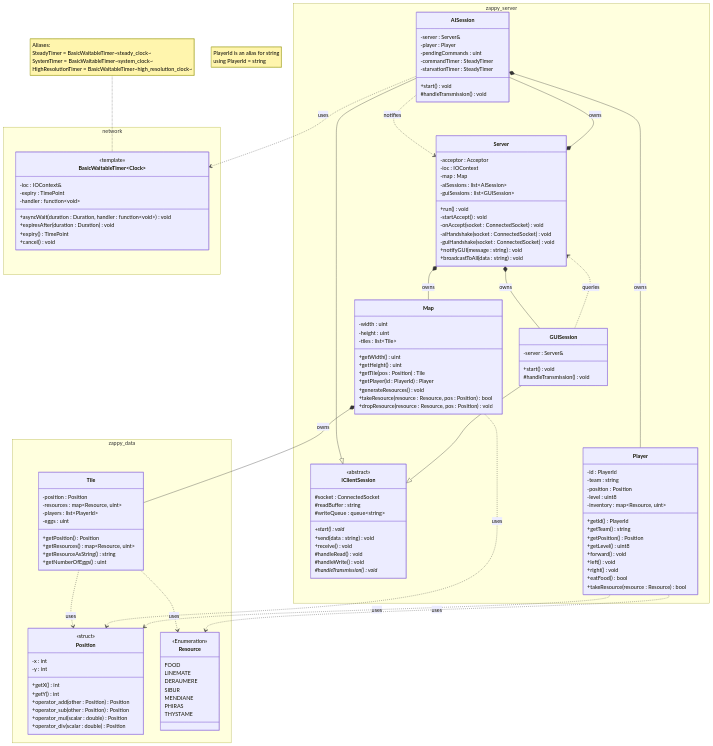
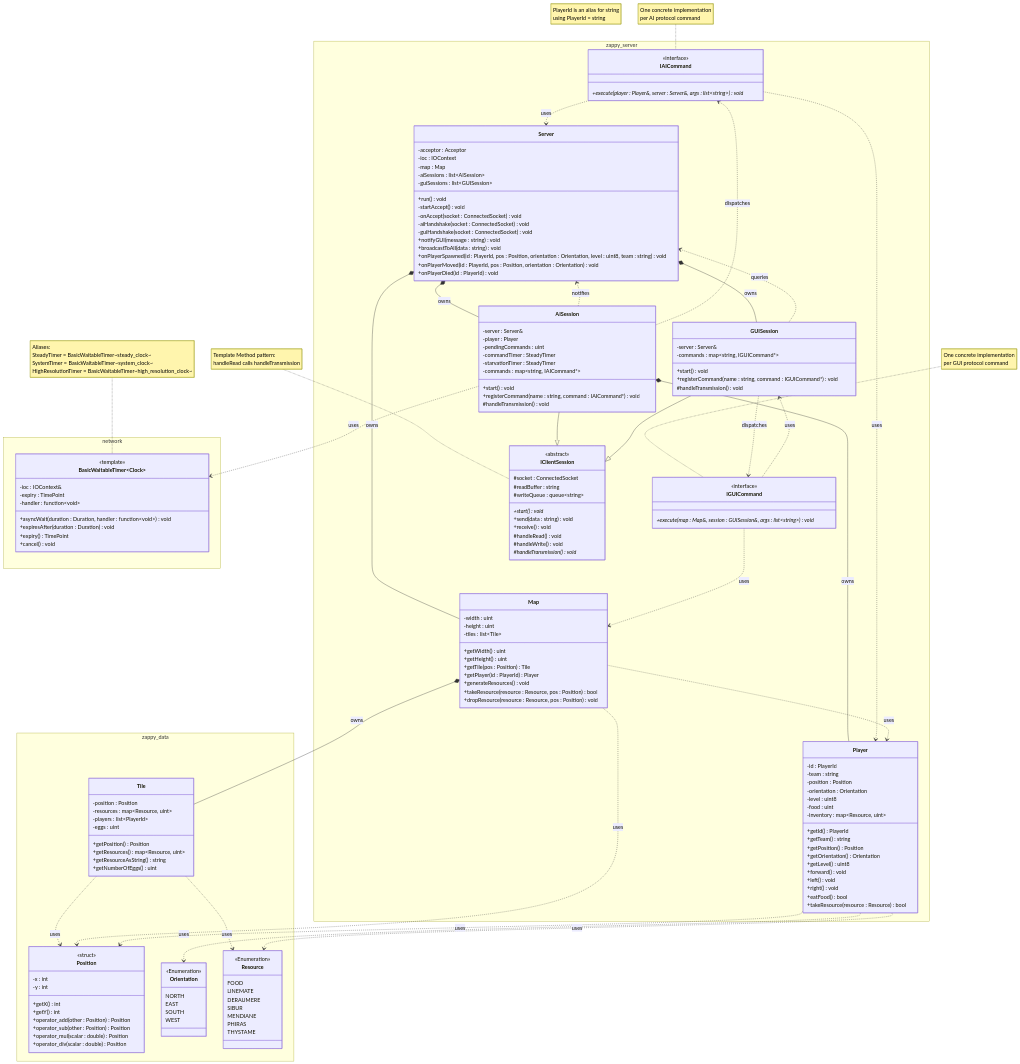
The diagram in docs/server_class_diagram.md (janumaruku/zappy), drawn with Mermaid before and after one commit.

Commit message:
doc(server): ZAP-6 #comment Update server class diagram to include command pipeline

````diff
--- a/docs/server_class_diagram.md
+++ b/docs/server_class_diagram.md
@@ -1,151 +1,193 @@
 ```mermaid
 classDiagram
-namespace zappy_data {
-  class Position {
-    <<struct>>
-    -x : int
-    -y : int
-    +getX() int
-    +getY() int
-    +operator_add(other : Position) Position
-    +operator_sub(other : Position) Position
-    +operator_mul(scalar : double) Position
-    +operator_div(scalar : double) Position
-  }
+    namespace zappy_data {
+        class Position {
+            <<struct>>
+            -x : int
+            -y : int
+            +getX() int
+            +getY() int
+            +operator_add(other : Position) Position
+            +operator_sub(other : Position) Position
+            +operator_mul(scalar : double) Position
+            +operator_div(scalar : double) Position
+        }
 
-  class Resource {
-    <<Enumeration>>
-    FOOD
-    LINEMATE
-    DERAUMERE
-    SIBUR
-    MENDIANE
-    PHIRAS
-    THYSTAME
-  }
+        class Orientation {
+            <<Enumeration>>
+            NORTH
+            EAST
+            SOUTH
+            WEST
+        }
 
-  class Tile {
-    -position : Position
-    -resources : map~Resource, uint~
-    -players : list~PlayerId~
-    -eggs : uint
-    +getPosition() Position
-    +getResources() map~Resource, uint~
-    +getResourceAsString() string
-    +getNumberOfEggs() uint
-  }
-}
+        class Resource {
+            <<Enumeration>>
+            FOOD
+            LINEMATE
+            DERAUMERE
+            SIBUR
+            MENDIANE
+            PHIRAS
+            THYSTAME
+        }
 
-namespace network {
-  class BasicWaitableTimer~Clock~ {
-    <<template>>
-    -ioc : IOContext&
-    -expiry : TimePoint
-    -handler : function~void~
-    +asyncWait(duration : Duration, handler : function~void~) void
-    +expiresAfter(duration : Duration) void
-    +expiry() TimePoint
-    +cancel() void
-  }
-}
+        class Tile {
+            -position : Position
+            -resources : map~Resource, uint~
+            -players : list~PlayerId~
+            -eggs : uint
+            +getPosition() Position
+            +getResources() map~Resource, uint~
+            +getResourceAsString() string
+            +getNumberOfEggs() uint
+        }
+    }
 
-namespace zappy_server {
-  class IClientSession {
-    <<abstract>>
-    #socket : ConnectedSocket
-    #readBuffer : string
-    #writeQueue : queue~string~
-    +start() void*
-    +send(data : string) void
-    +receive() void
-    #handleRead() void
-    #handleWrite() void
-    #handleTransmission() void*
-  }
+    namespace network {
+        class BasicWaitableTimer~Clock~ {
+            <<template>>
+            -ioc : IOContext&
+            -expiry : TimePoint
+            -handler : function~void~
+            +asyncWait(duration : Duration, handler : function~void~) void
+            +expiresAfter(duration : Duration) void
+            +expiry() TimePoint
+            +cancel() void
+        }
+    }
 
-  class AISession {
-    -server : Server&
-    -player : Player
-    -pendingCommands : uint
-    -commandTimer : SteadyTimer
-    -starvationTimer : SteadyTimer
-    +start() void
-    #handleTransmission() void
-  }
+    namespace zappy_server {
 
-  class GUISession {
-    -server : Server&
-    +start() void
-    #handleTransmission() void
-  }
+        class IAICommand {
+            <<interface>>
+            +execute(player : Player&, server : Server&, args : list~string~) void*
+        }
 
-  class Server {
-    -acceptor : Acceptor
-    -ioc : IOContext
-    -map : Map
-    -aiSessions : list~AISession~
-    -guiSessions : list~GUISession~
-    +run() void
-    -startAccept() void
-    -onAccept(socket : ConnectedSocket) void
-    -aiHandshake(socket : ConnectedSocket) void
-    -guiHandshake(socket : ConnectedSocket) void
-    +notifyGUI(message : string) void
-    +broadcastToAll(data : string) void
-  }
+        class IGUICommand {
+            <<interface>>
+            +execute(map : Map&, session : GUISession&, args : list~string~) void*
+        }
 
-  class Player {
-    -id : PlayerId
-    -team : string
-    -position : Position
-    -level : uint8
-    -inventory : map~Resource, uint~
-    +getId() PlayerId
-    +getTeam() string
-    +getPosition() Position
-    +getLevel() uint8
-    +forward() void
-    +left() void
-    +right() void
-    +eatFood() bool
-    +takeResource(resource : Resource) bool
-  }
+        class IClientSession {
+            <<abstract>>
+            #socket : ConnectedSocket
+            #readBuffer : string
+            #writeQueue : queue~string~
+            +start() void*
+            +send(data : string) void
+            +receive() void
+            #handleRead() void
+            #handleWrite() void
+            #handleTransmission() void*
+        }
 
-  class Map {
-    -width : uint
-    -height : uint
-    -tiles : list~Tile~
-    +getWidth() uint
-    +getHeight() uint
-    +getTile(pos : Position) Tile
-    +getPlayer(id : PlayerId) Player
-    +generateResources() void
-    +takeResource(resource : Resource, pos : Position) bool
-    +dropResource(resource : Resource, pos : Position) void
-  }
-}
+        class AISession {
+            -server : Server&
+            -player : Player
+            -pendingCommands : uint
+            -commandTimer : SteadyTimer
+            -starvationTimer : SteadyTimer
+            -commands : map~string, IAICommand*~
+            +start() void
+            +registerCommand(name : string, command : IAICommand*) void
+            #handleTransmission() void
+        }
 
-note "PlayerId is an alias for string
+        class GUISession {
+            -server : Server&
+            -commands : map~string, IGUICommand*~
+            +start() void
+            +registerCommand(name : string, command : IGUICommand*) void
+            #handleTransmission() void
+        }
+
+        class Server {
+            -acceptor : Acceptor
+            -ioc : IOContext
+            -map : Map
+            -aiSessions : list~AISession~
+            -guiSessions : list~GUISession~
+            +run() void
+            -startAccept() void
+            -onAccept(socket : ConnectedSocket) void
+            -aiHandshake(socket : ConnectedSocket) void
+            -guiHandshake(socket : ConnectedSocket) void
+            +notifyGUI(message : string) void
+            +broadcastToAll(data : string) void
+            +onPlayerSpawned(id : PlayerId, pos : Position, orientation : Orientation, level : uint8, team : string) void
+            +onPlayerMoved(id : PlayerId, pos : Position, orientation : Orientation) void
+            +onPlayerDied(id : PlayerId) void
+        }
+
+        class Player {
+            -id : PlayerId
+            -team : string
+            -position : Position
+            -orientation : Orientation
+            -level : uint8
+            -food : uint
+            -inventory : map~Resource, uint~
+            +getId() PlayerId
+            +getTeam() string
+            +getPosition() Position
+            +getOrientation() Orientation
+            +getLevel() uint8
+            +forward() void
+            +left() void
+            +right() void
+            +eatFood() bool
+            +takeResource(resource : Resource) bool
+        }
+
+        class Map {
+            -width : uint
+            -height : uint
+            -tiles : list~Tile~
+            +getWidth() uint
+            +getHeight() uint
+            +getTile(pos : Position) Tile
+            +getPlayer(id : PlayerId) Player
+            +generateResources() void
+            +takeResource(resource : Resource, pos : Position) bool
+            +dropResource(resource : Resource, pos : Position) void
+        }
+    }
+
+    note "PlayerId is an alias for string
 using PlayerId = string"
-
-note for BasicWaitableTimer "Aliases:
+    note for BasicWaitableTimer "Aliases:
 SteadyTimer = BasicWaitableTimer~steady_clock~
 SystemTimer = BasicWaitableTimer~system_clock~
 HighResolutionTimer = BasicWaitableTimer~high_resolution_clock~"
+    note for IClientSession "Template Method pattern:
+handleRead calls handleTransmission"
+    note for IAICommand "One concrete implementation
+per AI protocol command"
+    note for IGUICommand "One concrete implementation
+per GUI protocol command"
 
-AISession --|> IClientSession
-GUISession --|> IClientSession
-Server *-- AISession : owns
-Server *-- GUISession : owns
-Server *-- Map : owns
-AISession *-- Player : owns
-AISession ..> Server : notifies
-AISession ..> BasicWaitableTimer : uses
-GUISession ..> Server : queries
-Map *-- Tile : owns
-Tile ..> Resource : uses
-Tile ..> Position : uses
-Map ..> Position : uses
-Player ..> Resource : uses
-Player ..> Position : uses
+    AISession --|> IClientSession
+    GUISession --|> IClientSession
+    Server *-- AISession : owns
+    Server *-- GUISession : owns
+    Server *-- Map : owns
+    AISession *-- Player : owns
+    AISession ..> Server : notifies
+    AISession ..> IAICommand : dispatches
+    GUISession ..> Server : queries
+    GUISession ..> IGUICommand : dispatches
+    IAICommand ..> Player : uses
+    IAICommand ..> Server : uses
+    IGUICommand ..> Map : uses
+    IGUICommand ..> GUISession : uses
+    Map *-- Tile : owns
+    Map ..> Player : uses
+    Tile ..> Resource : uses
+    Tile ..> Position : uses
+    Map ..> Position : uses
+    Player ..> Resource : uses
+    Player ..> Position : uses
+    Player ..> Orientation : uses
+    AISession ..> BasicWaitableTimer : uses
 ```
````
